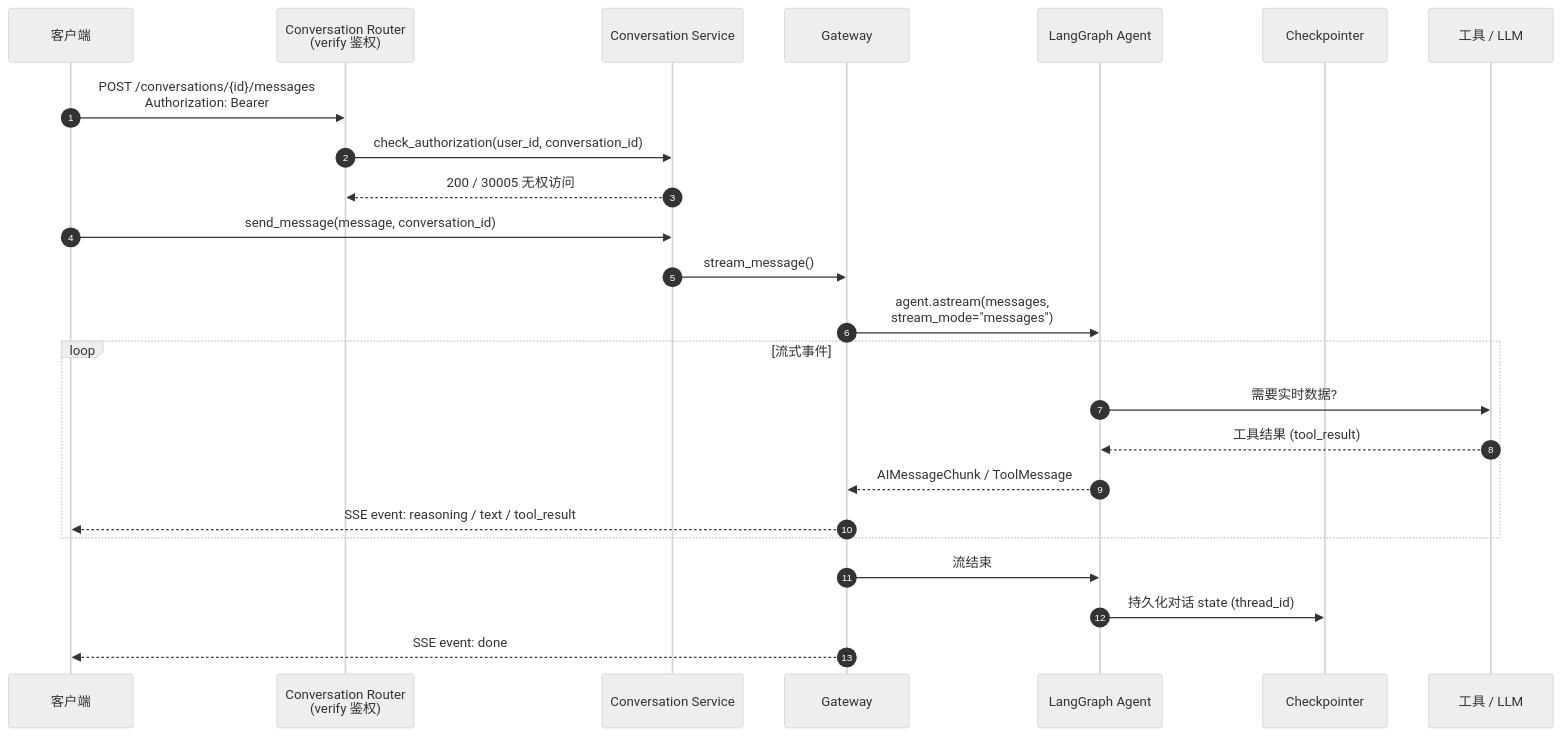
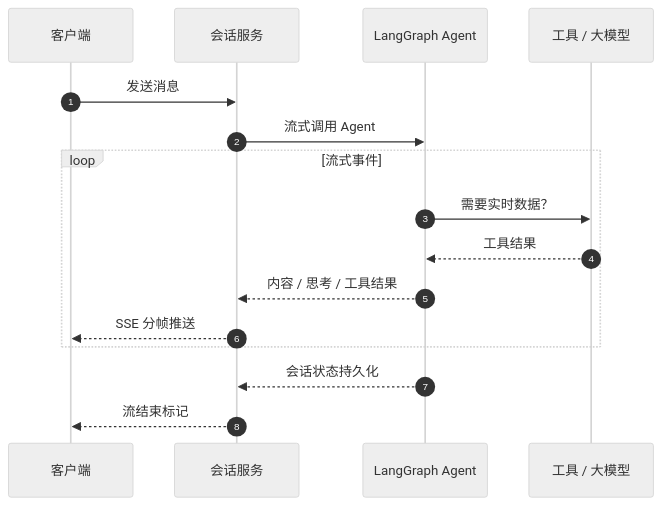
The second of 5 diagrams in README.md (Luoqiaocong/voyage), drawn with Mermaid (neutral theme) before and after one commit. The commit also changed other lines of this file, not shown here.

````diff
--- a/README.md
+++ b/README.md
@@ -148,27 +142,19 @@
 ```mermaid
 sequenceDiagram
     autonumber
     participant C as 客户端
-    participant R as Conversation Router<br/>(verify 鉴权)
-    participant S as Conversation Service
-    participant G as Gateway
+    participant S as 会话服务
     participant A as LangGraph Agent
-    participant CP as Checkpointer
-    participant T as 工具 / LLM
+    participant T as 工具 / 大模型
 
-    C->>R: POST /conversations/{id}/messages<br/>Authorization: Bearer
-    R->>S: check_authorization(user_id, conversation_id)
-    S-->>R: 200 / 30005 无权访问
-    C->>S: send_message(message, conversation_id)
-    S->>G: stream_message()
-    G->>A: agent.astream(messages,<br/>stream_mode="messages")
+    C->>S: 发送消息
+    S->>A: 流式调用 Agent
     loop 流式事件
-        A->>T: 需要实时数据?
-        T-->>A: 工具结果 (tool_result)
-        A-->>G: AIMessageChunk / ToolMessage
-        G-->>C: SSE event: reasoning / text / tool_result
+        A->>T: 需要实时数据？
+        T-->>A: 工具结果
+        A-->>S: 内容 / 思考 / 工具结果
+        S-->>C: SSE 分帧推送
     end
-    G->>A: 流结束
-    A->>CP: 持久化对话 state (thread_id)
-    G-->>C: SSE event: done
+    A-->>S: 会话状态持久化
+    S-->>C: 流结束标记
 ```
````
